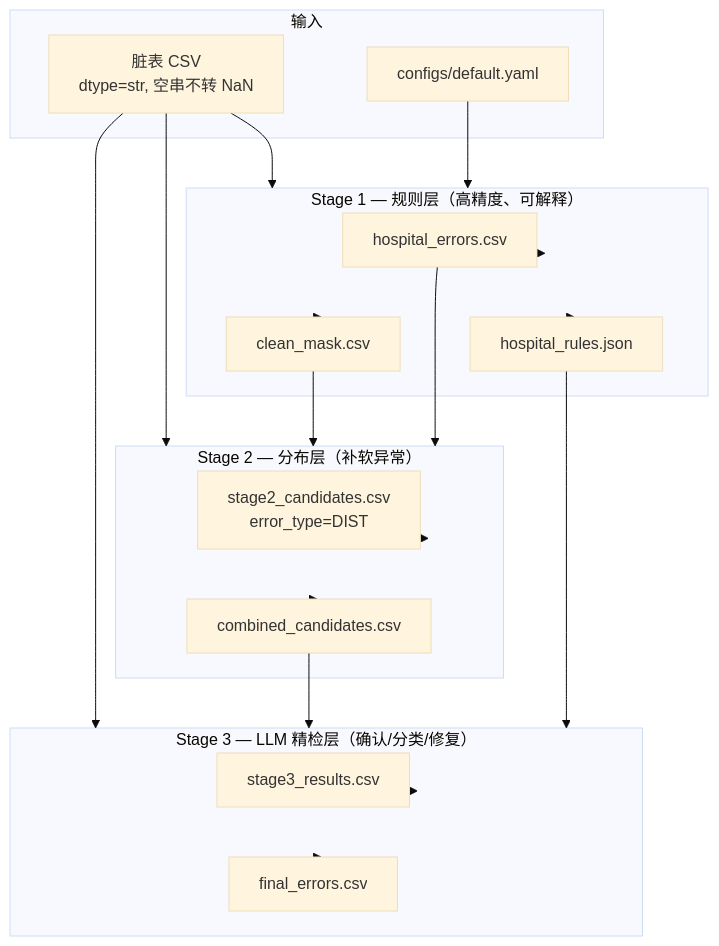
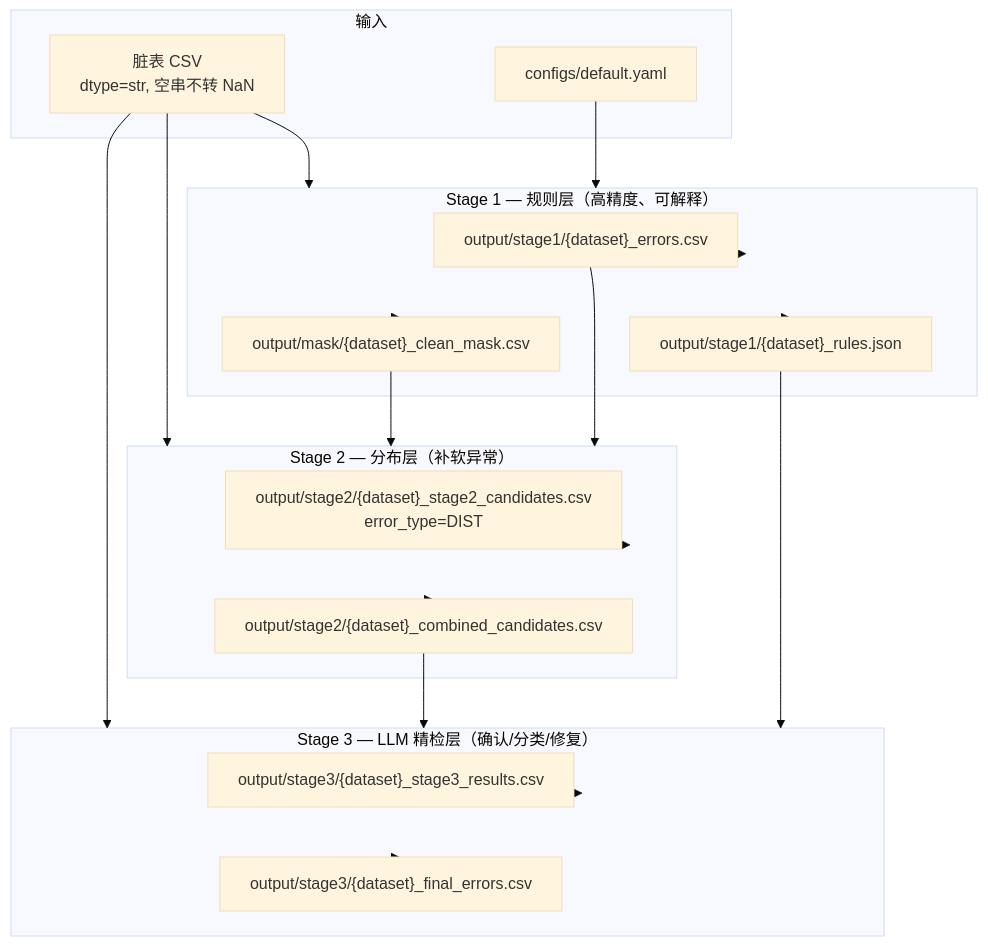
Before and after one commit to 1993371829/error_detect: the second of 8 diagrams in PIPELINE.md, drawn with Mermaid (base theme). The commit also changed other lines of this file and 30 other files, not shown here.

````diff
--- a/PIPELINE.md
+++ b/PIPELINE.md
@@ -193,37 +193,37 @@
 ```mermaid
 flowchart TB
     subgraph INPUT["输入"]
         CSV["脏表 CSV<br/>dtype=str, 空串不转 NaN"]
         CFG1["configs/default.yaml"]
     end
 
     subgraph S1["Stage 1 — 规则层（高精度、可解释）"]
-        S1_OUT1["hospital_errors.csv"]
-        S1_OUT2["hospital_rules.json"]
-        S1_OUT3["clean_mask.csv"]
+        S1_OUT1["output/stage1/{dataset}_errors.csv"]
+        S1_OUT2["output/stage1/{dataset}_rules.json"]
+        S1_OUT3["output/mask/{dataset}_clean_mask.csv"]
     end
 
     subgraph S2["Stage 2 — 分布层（补软异常）"]
-        S2_OUT1["stage2_candidates.csv<br/>error_type=DIST"]
-        S2_OUT2["combined_candidates.csv"]
+        S2_OUT1["output/stage2/{dataset}_stage2_candidates.csv<br/>error_type=DIST"]
+        S2_OUT2["output/stage2/{dataset}_combined_candidates.csv"]
     end
 
     subgraph S3["Stage 3 — LLM 精检层（确认/分类/修复）"]
-        S3_OUT1["stage3_results.csv"]
-        S3_OUT2["final_errors.csv"]
+        S3_OUT1["output/stage3/{dataset}_stage3_results.csv"]
+        S3_OUT2["output/stage3/{dataset}_final_errors.csv"]
     end
 
     CSV --> S1
     CFG1 --> S1
     S1 --> S1_OUT1 & S1_OUT2 & S1_OUT3
 
     CSV --> S2
     S1_OUT3 --> S2
     S1_OUT1 --> S2
     S2 --> S2_OUT1 & S2_OUT2
 
     CSV --> S3
     S2_OUT2 --> S3
     S1_OUT2 --> S3
     S3 --> S3_OUT1 & S3_OUT2
 ```
````
